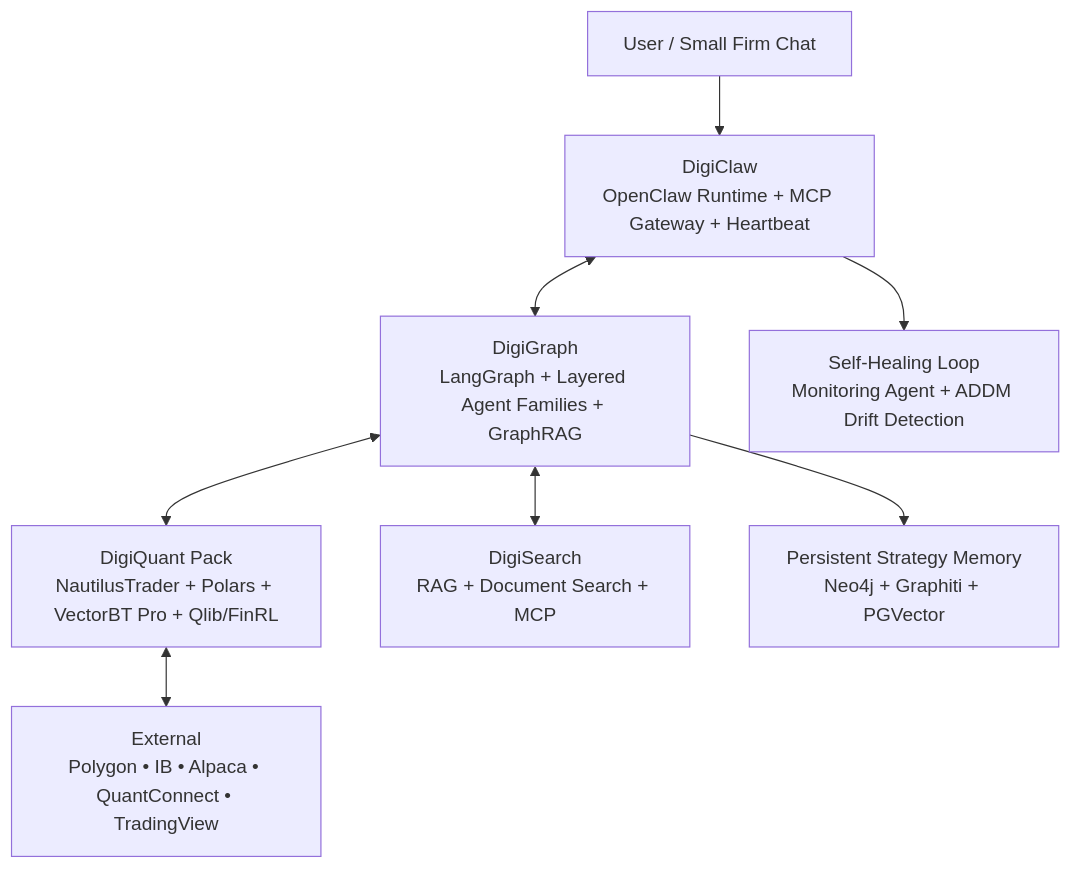
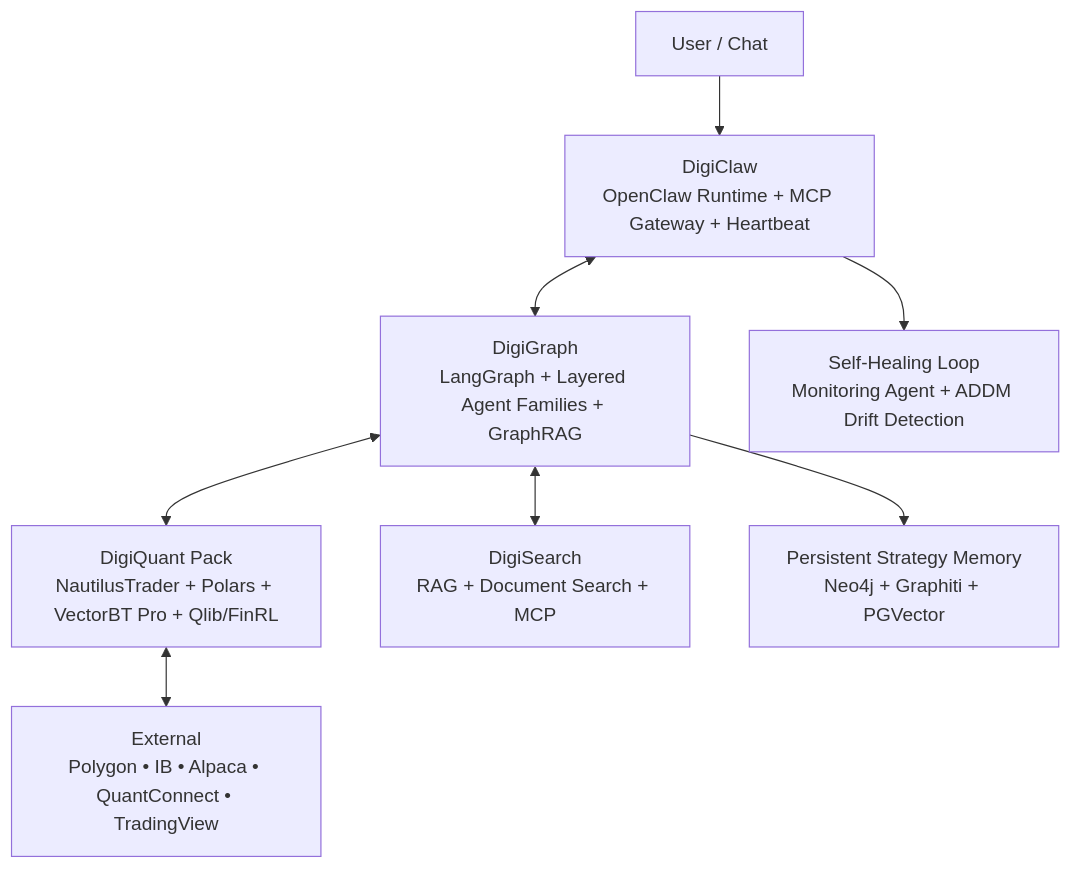
One commit to digithings-ai/digithings changed the diagram in ARCHITECTURE.md. Above: the diagram before and after it, drawn with Mermaid. The commit also changed other lines of this file and 1696 other files, not shown here.

````diff
--- a/ARCHITECTURE.md
+++ b/ARCHITECTURE.md
@@ -5,10 +5,10 @@
 ```mermaid
 graph TD
-    User[User / Small Firm Chat] --> DigiClaw[DigiClaw\nOpenClaw Runtime + MCP Gateway + Heartbeat]
+    User[User / Chat] --> DigiClaw[DigiClaw\nOpenClaw Runtime + MCP Gateway + Heartbeat]
     DigiClaw <--> DigiGraph[DigiGraph\nLangGraph + Layered Agent Families + GraphRAG]
     DigiGraph <--> DigiQuant[DigiQuant Pack\nNautilusTrader + Polars + VectorBT Pro + Qlib/FinRL]
     DigiGraph <--> DigiSearch[DigiSearch\nRAG + Document Search + MCP]
     DigiQuant <--> External[External\nPolygon • IB • Alpaca • QuantConnect • TradingView]
     DigiGraph --> Memory[Persistent Strategy Memory\nNeo4j + Graphiti + PGVector]
     DigiClaw --> SelfHealing[Self-Healing Loop\nMonitoring Agent + ADDM Drift Detection]
 ```
````
